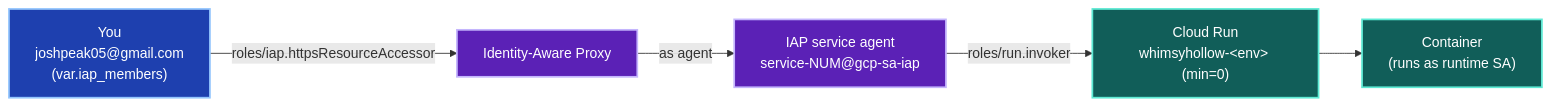
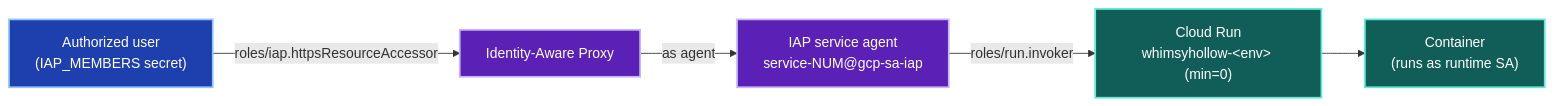
One commit to neozenith/whimsyhollow changed the second of 2 diagrams in infra/AUTH.md. Above: the diagram before and after it, drawn with Mermaid. The commit also changed 8 other files, not shown here.

First line of the commit message:
IAP allow-list via secret (bare emails, sensitive, fail-closed); make clean

````diff
--- a/infra/AUTH.md
+++ b/infra/AUTH.md
@@ -58,17 +58,17 @@
 ```mermaid
 flowchart LR
-    user["You<br/>joshpeak05@gmail.com<br/>(var.iap_members)"]:::ingress
+    user["Authorized user<br/>(IAP_MEMBERS secret)"]:::ingress
     iap["Identity-Aware Proxy"]:::compute
     agent["IAP service agent<br/>service-NUM@gcp-sa-iap"]:::compute
     run["Cloud Run<br/>whimsyhollow-&lt;env&gt; (min=0)"]:::data
     app["Container<br/>(runs as runtime SA)"]:::data
 
     user -->|"roles/iap.httpsResourceAccessor"| iap
     iap -->|"as agent"| agent
     agent -->|"roles/run.invoker"| run
     run --> app
 
     classDef ingress  fill:#1e40af,stroke:#93c5fd,color:#fff,stroke-width:2px
     classDef compute  fill:#5b21b6,stroke:#c4b5fd,color:#fff,stroke-width:2px
     classDef data     fill:#115e59,stroke:#5eead4,color:#fff,stroke-width:2px
 ```
````
